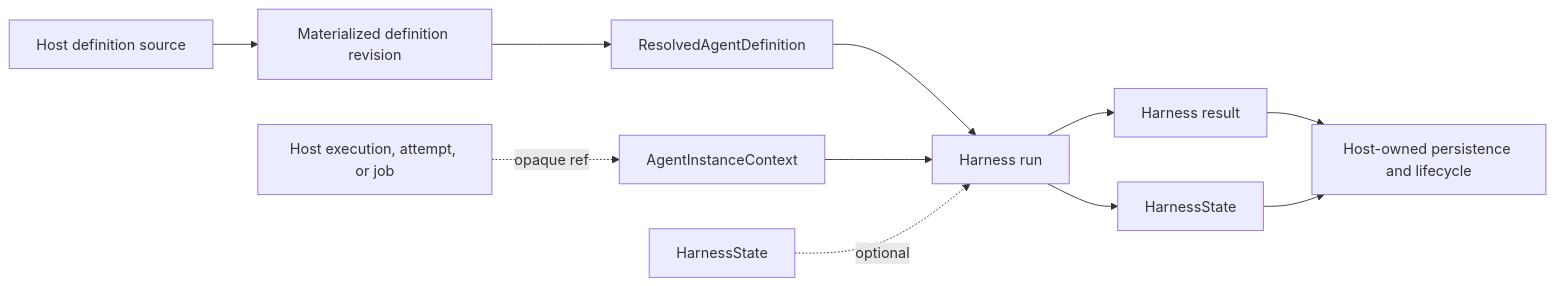
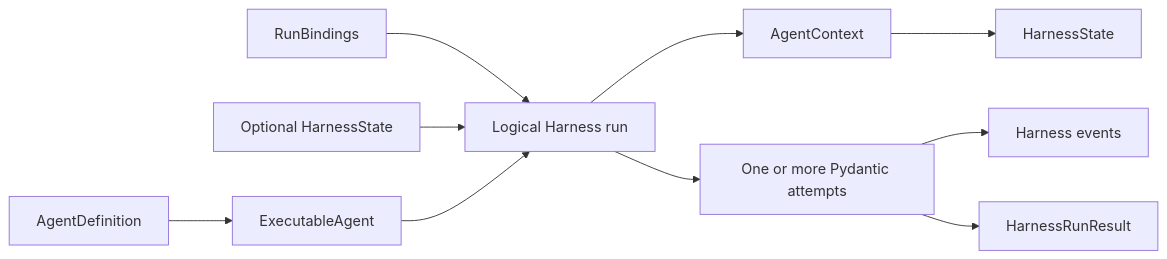
Before and after one commit to LTThreeComma/agent-foundation: the diagram in spec/agent-harness/02-domain-model.md, drawn with Mermaid. The commit also changed other lines of this file and 31 other files, not shown here.

````diff
--- a/spec/agent-harness/02-domain-model.md
+++ b/spec/agent-harness/02-domain-model.md
@@ -88,11 +7,12 @@
 ```mermaid
 flowchart LR
-    HostSource[Host definition source] --> Revision[Materialized definition revision]
-    Revision --> Resolved[ResolvedAgentDefinition]
-    HostExecution[Host execution, attempt, or job] -. opaque ref .-> Instance[AgentInstanceContext]
-    Resolved & Instance --> Run[Harness run]
-    Previous[HarnessState] -. optional .-> Run
-    Run --> Result[Harness result]
-    Run --> State[HarnessState]
-    Result & State --> HostCommit[Host-owned persistence and lifecycle]
+    Definition[AgentDefinition] --> Executable[ExecutableAgent]
+    Bindings[RunBindings] --> Run[Logical Harness run]
+    Previous[Optional HarnessState] --> Run
+    Executable --> Run
+    Run --> Context[AgentContext]
+    Run --> Attempts[One or more Pydantic attempts]
+    Attempts --> Events[Harness events]
+    Attempts --> Result[HarnessRunResult]
+    Context --> State[HarnessState]
 ```
````
